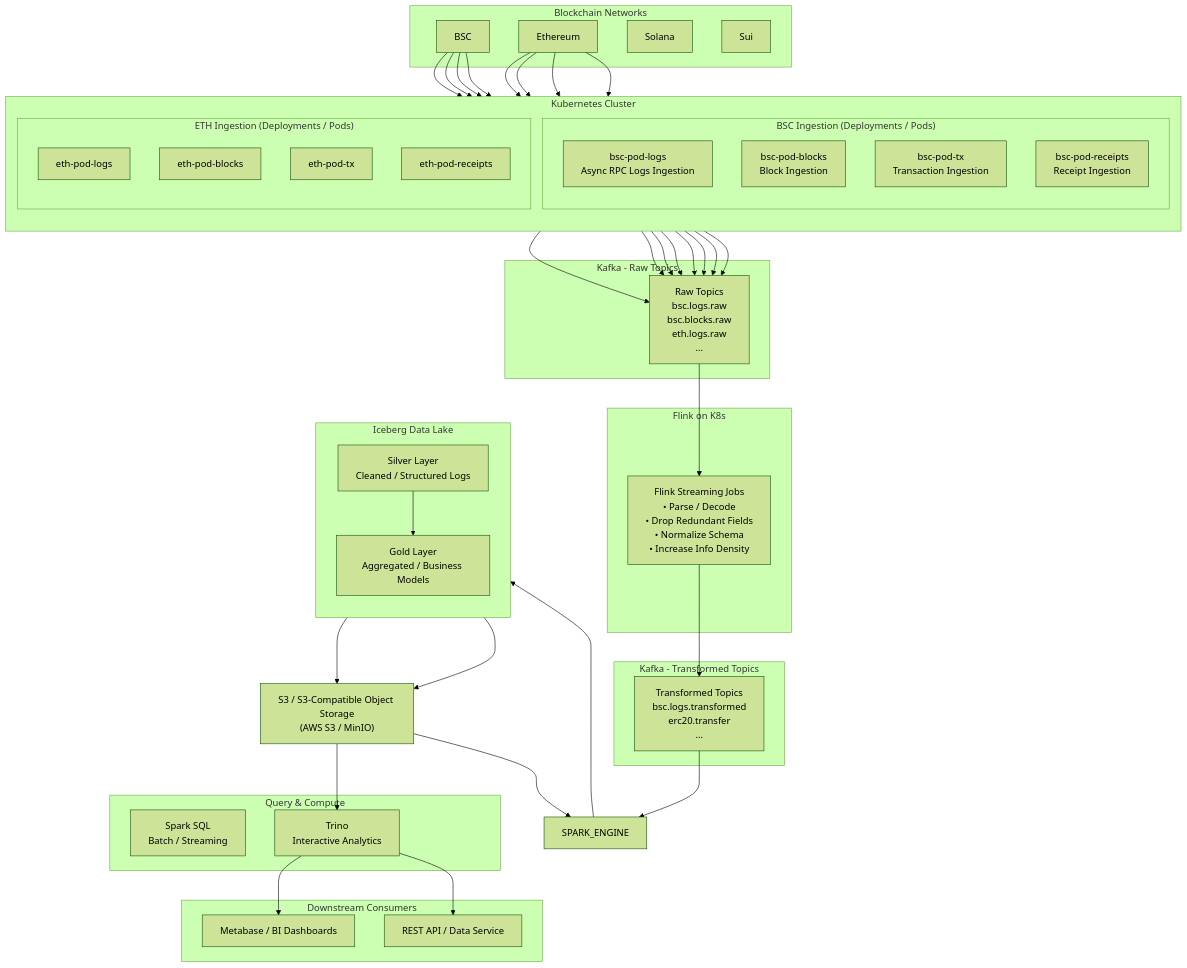
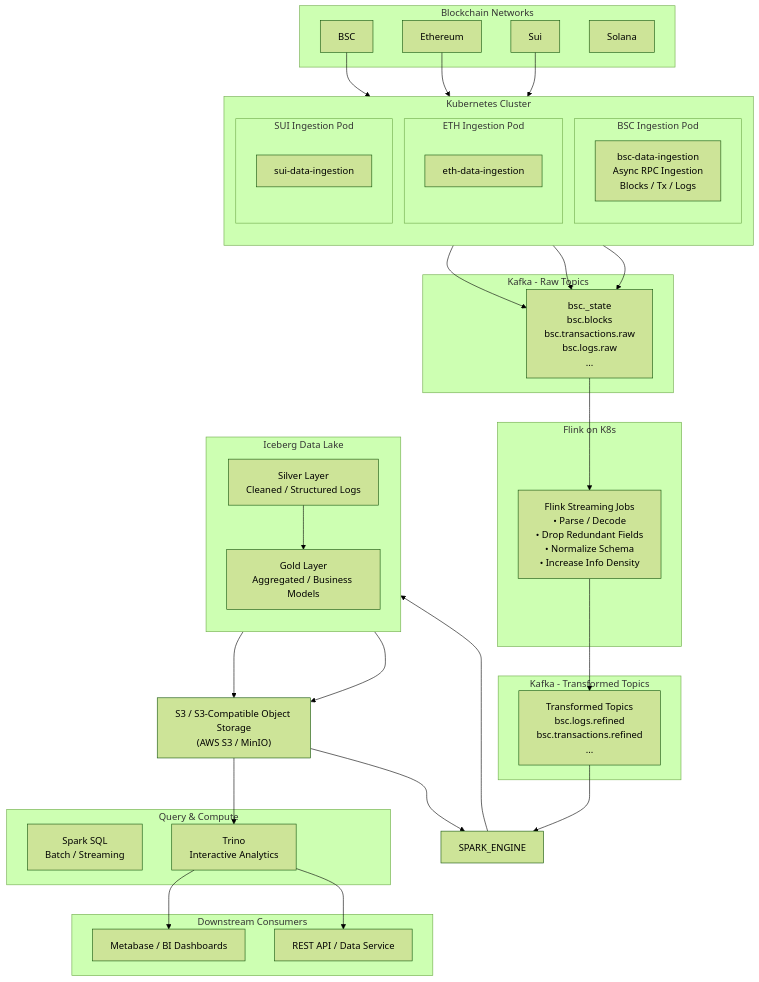
Before and after one commit to shannon1989/data-platform-k8s: the diagram in docs/ingestion/overview.md, drawn with Mermaid (forest theme). The commit also changed 32 other files, not shown here.

```diff
--- a/docs/ingestion/overview.md
+++ b/docs/ingestion/overview.md
@@ -6,8 +6,8 @@
     subgraph CHAINS["Blockchain Networks"]
         BSC["BSC"]
         ETH["Ethereum"]
+        SUI["Sui"]
         SOLANA["Solana"]
-        SUI["Sui"]
     end
 
     %% =====================
@@ -16,18 +16,16 @@
     subgraph K8S["Kubernetes Cluster"]
         direction TB
 
-        subgraph BSC_INGEST["BSC Ingestion (Deployments / Pods)"]
-            BSC_LOGS["bsc-pod-logs<br/>Async RPC Logs Ingestion"]
-            BSC_BLOCKS["bsc-pod-blocks<br/>Block Ingestion"]
-            BSC_TX["bsc-pod-tx<br/>Transaction Ingestion"]
-            BSC_RECEIPTS["bsc-pod-receipts<br/>Receipt Ingestion"]
+        subgraph BSC_INGEST["BSC Ingestion Pod"]
+            BSC_LOGS["bsc-data-ingestion<br/>Async RPC Ingestion<br/>Blocks / Tx / Logs"]
         end
 
-        subgraph ETH_INGEST["ETH Ingestion (Deployments / Pods)"]
-            ETH_LOGS["eth-pod-logs"]
-            ETH_BLOCKS["eth-pod-blocks"]
-            ETH_TX["eth-pod-tx"]
-            ETH_RECEIPTS["eth-pod-receipts"]
+        subgraph ETH_INGEST["ETH Ingestion Pod"]
+            ETH_LOGS["eth-data-ingestion"]
+        end
+
+        subgraph SUI_INGEST["SUI Ingestion Pod"]
+            SUI_INGESTION["sui-data-ingestion"]
         end
     end
 
@@ -38,13 +36,13 @@
 
 
         subgraph KAFKA_RAW_TOPICS["Kafka - Raw Topics"]
-        RAW_TOPICS["Raw Topics<br/>bsc.logs.raw<br/>bsc.blocks.raw<br/>eth.logs.raw<br/>..."]
+        RAW_TOPICS["bsc._state<br/>bsc.blocks<br/>bsc.transactions.raw<br/>bsc.logs.raw<br/>..."]
         end
 
 
         subgraph KAFKA_TRANS_TOPICS["Kafka - Transformed Topics "]
 
-        TRANS_TOPICS["Transformed Topics<br/>bsc.logs.transformed<br/>erc20.transfer<br/>..."]
+        TRANS_TOPICS["Transformed Topics<br/>bsc.logs.refined<br/>bsc.transactions.refined<br/>..."]
         end
     %% end
 
@@ -89,28 +87,13 @@
     %% Connections
     %% =====================
     BSC --> BSC_LOGS
-    BSC --> BSC_BLOCKS
-    BSC --> BSC_TX
-    BSC --> BSC_RECEIPTS
-
     ETH --> ETH_LOGS
-    ETH --> ETH_BLOCKS
-    ETH --> ETH_TX
-    ETH --> ETH_RECEIPTS
-
+    SUI --> SUI_INGESTION
     BSC_LOGS --> RAW_TOPICS
-    BSC_BLOCKS --> RAW_TOPICS
-    BSC_TX --> RAW_TOPICS
-    BSC_RECEIPTS --> RAW_TOPICS
-
     ETH_LOGS --> RAW_TOPICS
-    ETH_BLOCKS --> RAW_TOPICS
-    ETH_TX --> RAW_TOPICS
-    ETH_RECEIPTS --> RAW_TOPICS
-
+    SUI_INGESTION --> RAW_TOPICS
     RAW_TOPICS --> FLINK_JOB
     FLINK_JOB --> TRANS_TOPICS
-
     TRANS_TOPICS --> SPARK_ENGINE
     SPARK_ENGINE --> SILVER
     SILVER --> GOLD
```
